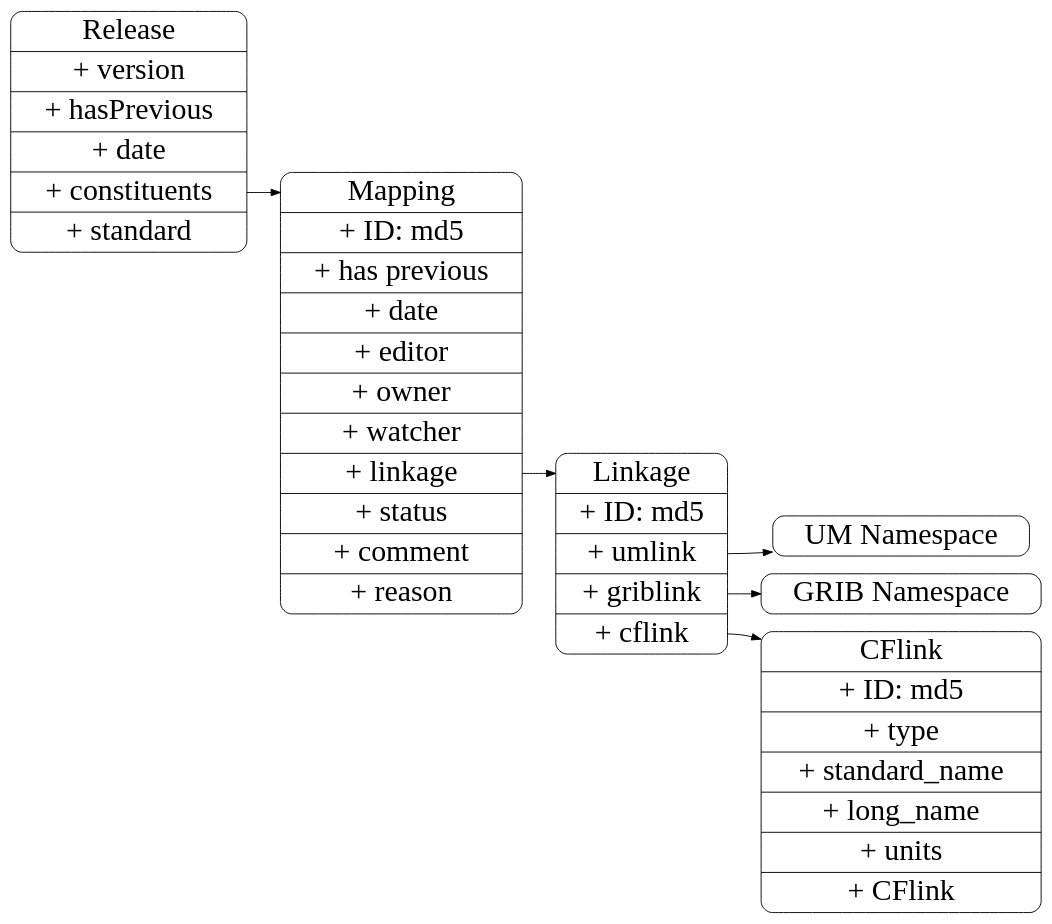
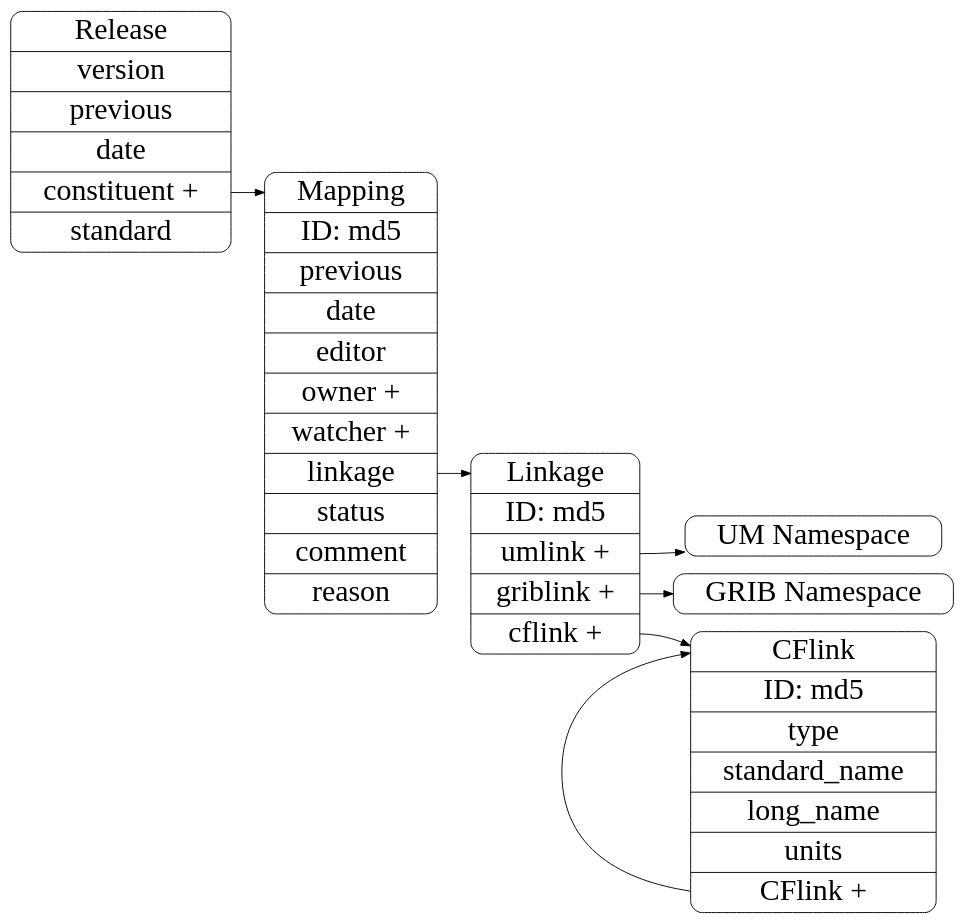
One commit to marqh/docs changed the diagram in source/developer/design/records.dot. Above: the diagram before and after it, drawn with Graphviz.

Commit message:
updated record definition

```diff
--- a/source/developer/design/records.dot
+++ b/source/developer/design/records.dot
@@ -1,56 +1,58 @@
 digraph records {
 
 ## basic setup 
 
    	rankdir = LR;
         node [
         fontsize = 32,
         shape = Mrecord
         ];
 
         edge [
         fontsize = 24
         ];
 
 ## class definitions
 
    	cflink [
-	label = "<title> CFlink |+ ID: md5 |<type>+ type |<sn>+ standard_name |<ln>+ long_name |<units>+ units|<cflink>+ CFlink"
+	label = "<title> CFlink |ID: md5 |<type>type |<sn>standard_name |<ln>long_name |<units>units|<cflink>CFlink + "
 	];
 
         linkage [
-	label = "<title> Linkage |+ ID: md5 |<umlink>+ umlink |<griblink>+ griblink |<cflink>+ cflink "
+	label = "<title> Linkage |ID: md5 |<umlink>umlink + |<griblink>griblink + |<cflink>cflink + "
 	];
 
 	mapping [
-	label = "<title> Mapping |+ ID: md5 |+ has previous |+ date |+ editor |+ owner |+ watcher |<plink>+ linkage|+ status |+ comment|+ reason"
+	label = "<title> Mapping |ID: md5 |previous |date |editor |owner + |watcher + |<plink>linkage |status |comment |reason "
 	];
 
 	release [
-	label = "<title> Release |+ version|+ hasPrevious|+ date|<con>+ constituents|+ standard"
+	label = "<title> Release |version|previous|date|<con>constituent + |standard"
 	];
 
 
 	um [
 	label = "UM Namespace"
 	];
 
 	grib [
 	label = "GRIB Namespace"
 	];
 
 
 
 ## relations
 
 	mapping:plink -> linkage:title;
 
 	release:con -> mapping:title
 
 	linkage:umlink -> um
 
 	linkage:griblink -> grib
 
 	linkage:cflink -> cflink
 
+	cflink:cflink -> cflink:title 
+
 }
```
